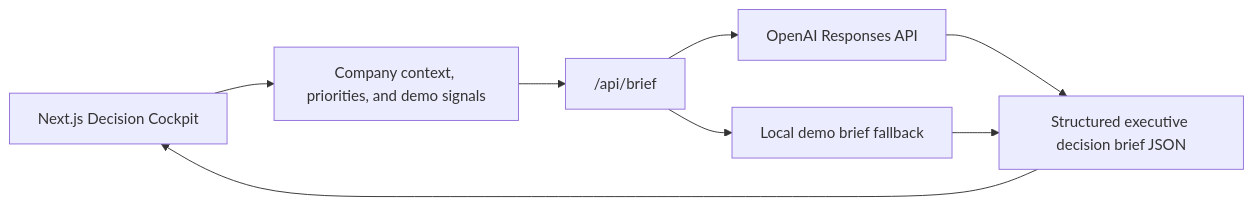
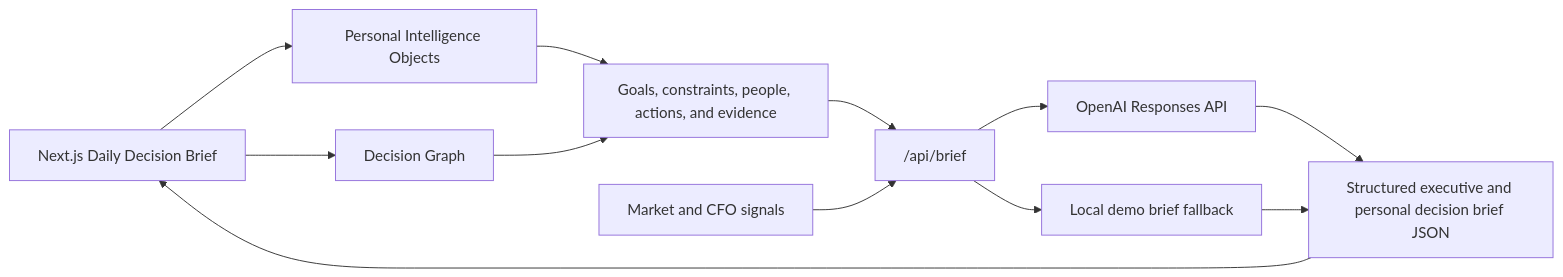
Before and after one commit to mhmtcnynk-star/cfo-signal-desk: the diagram in README.md, drawn with Mermaid. The commit also changed other lines of this file and 8 other files, not shown here.

Commit message:
Add personal executive decision intelligence

````diff
--- a/README.md
+++ b/README.md
@@ -26,10 +32,14 @@
 ```mermaid
 flowchart LR
-  UI["Next.js Decision Cockpit"] --> State["Company context, priorities, and demo signals"]
-  State --> Route["/api/brief"]
+  UI["Next.js Daily Decision Brief"] --> Model["Personal Intelligence Objects"]
+  UI --> Graph["Decision Graph"]
+  Model --> Context["Goals, constraints, people, actions, and evidence"]
+  Graph --> Context
+  Context --> Route["/api/brief"]
+  Market["Market and CFO signals"] --> Route
   Route --> OpenAI["OpenAI Responses API"]
   Route --> Demo["Local demo brief fallback"]
-  OpenAI --> Brief["Structured executive decision brief JSON"]
+  OpenAI --> Brief["Structured executive and personal decision brief JSON"]
   Demo --> Brief
   Brief --> UI
 ```
````
